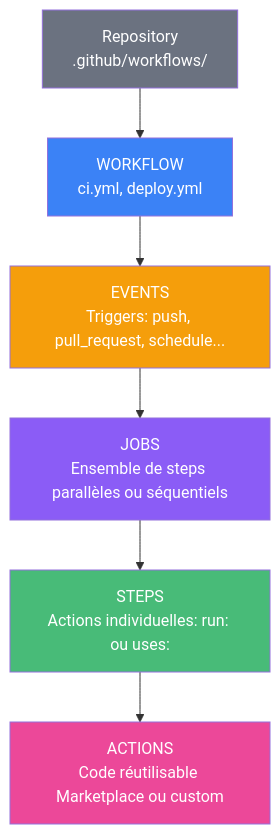
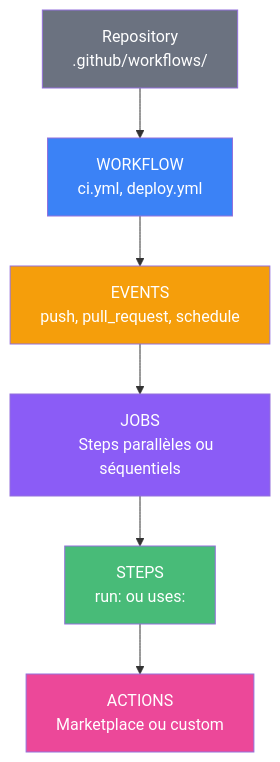
One commit to Foreach-Academy-France/formation-devops-initiation changed the third of 3 diagrams in slides/05-cicd-github-actions.md. Above: the diagram before and after it, drawn with Mermaid. The commit also changed other lines of this file, not shown here.

First line of the commit message:
🐛 fix(slides): fix Mermaid syntax errors in Module 05 slides 9 and 12

```diff
--- a/slides/05-cicd-github-actions.md
+++ b/slides/05-cicd-github-actions.md
@@ -267,15 +275,21 @@
 <div class="mermaid">
 flowchart TD
-    A[Repository<br/>.github/workflows/] --> B[WORKFLOW<br/>ci.yml, deploy.yml]
-    B --> C[EVENTS<br/>Triggers: push, pull_request, schedule...]
-    C --> D[JOBS<br/>Ensemble de steps parallèles ou séquentiels]
-    D --> E[STEPS<br/>Actions individuelles: run: ou uses:]
-    E --> F[ACTIONS<br/>Code réutilisable Marketplace ou custom]
+    A["Repository
+    .github/workflows/"] --> B["WORKFLOW
+    ci.yml, deploy.yml"]
+    B --> C["EVENTS
+    push, pull_request, schedule"]
+    C --> D["JOBS
+    Steps parallèles ou séquentiels"]
+    D --> E["STEPS
+    run: ou uses:"]
+    E --> F["ACTIONS
+    Marketplace ou custom"]
 
     style A fill:#6b7280,color:#fff
     style B fill:#3b82f6,color:#fff
     style C fill:#f59e0b,color:#fff
     style D fill:#8b5cf6,color:#fff
     style E fill:#48bb78,color:#fff
     style F fill:#ec4899,color:#fff
 </div>
```
